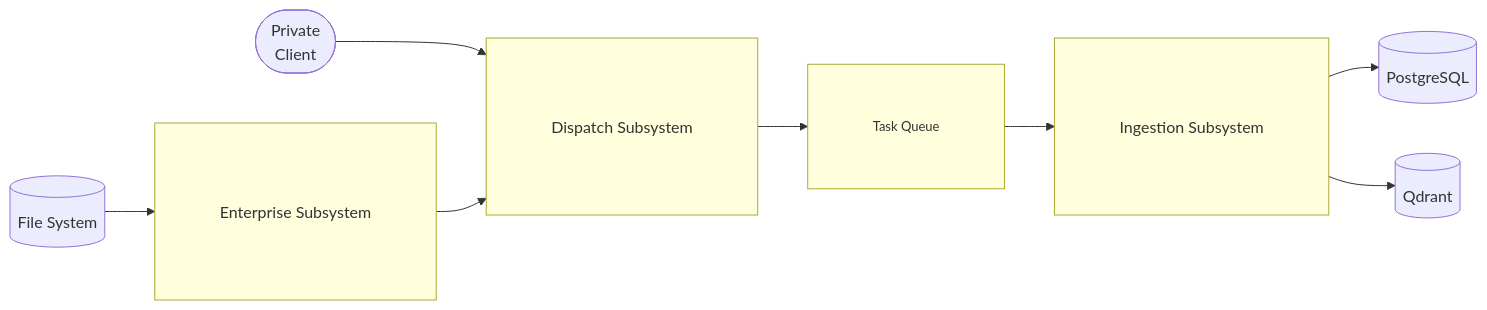
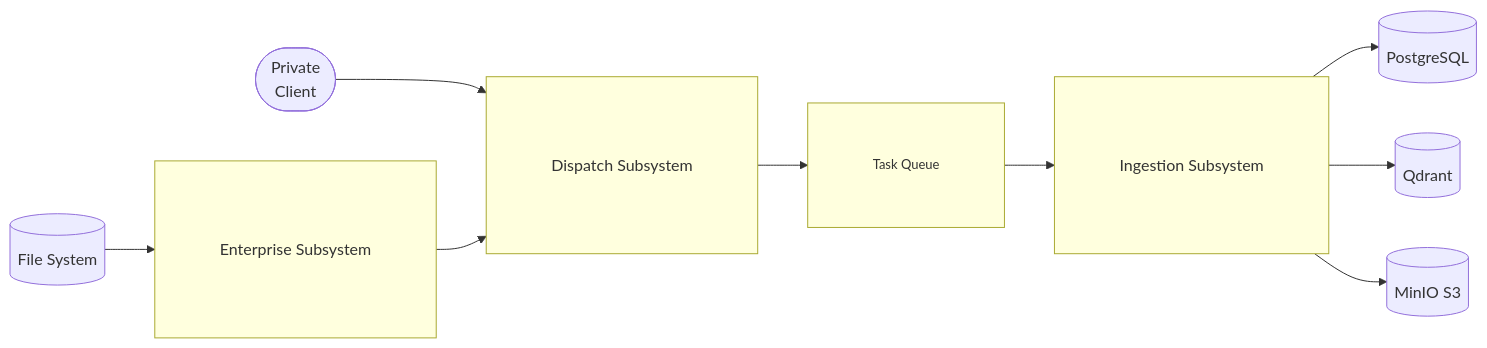
Before and after one commit to k-sparrow/artemis: the first of 2 diagrams in docs/architecture/overview.md, drawn with Mermaid. The commit also changed other lines of this file, not shown here.

Commit message:
[docs/architecture/overview] added Retrieve high level system

````diff
--- a/docs/architecture/overview.md
+++ b/docs/architecture/overview.md
@@ -13,34 +15,40 @@
 ```mermaid
 flowchart LR
     FS[("File System")]
     PrivateClient(["Private\nClient"])
 
     subgraph enterprise[ ]
         e["&nbsp;&nbsp;&nbsp;&nbsp;&nbsp;\nEnterprise Subsystem\n&nbsp;&nbsp;&nbsp;&nbsp;&nbsp;"]
     end
 
     subgraph dispatch[ ]
         d["&nbsp;&nbsp;&nbsp;&nbsp;&nbsp;\nDispatch Subsystem\n&nbsp;&nbsp;&nbsp;&nbsp;&nbsp;"]
     end
 
     subgraph queue[ ]
         q["Task Queue"]
     end
 
     subgraph ingestion[ ]
         i["&nbsp;&nbsp;&nbsp;&nbsp;&nbsp;\nIngestion Subsystem\n&nbsp;&nbsp;&nbsp;&nbsp;&nbsp;"]
     end
 
     style e fill:none,stroke:none
     style d fill:none,stroke:none
     style q fill:none,stroke:none,font-size:13px
     style i fill:none,stroke:none
 
     FS --> enterprise
     PrivateClient --> dispatch
     enterprise --> dispatch
     dispatch --> queue
     queue --> ingestion
     ingestion --> PG[("PostgreSQL")]
     ingestion --> Qdrant[("Qdrant")]
+    ingestion --> S3[("MinIO S3")]
+
+    click enterprise href "./enterprise-subsystem.md"
+    click dispatch href "./dispatch-subsystem.md"
+    click queue href "./task-queue.md"
+    click ingestion href "./ingestion-subsystem.md"
 ```
````
